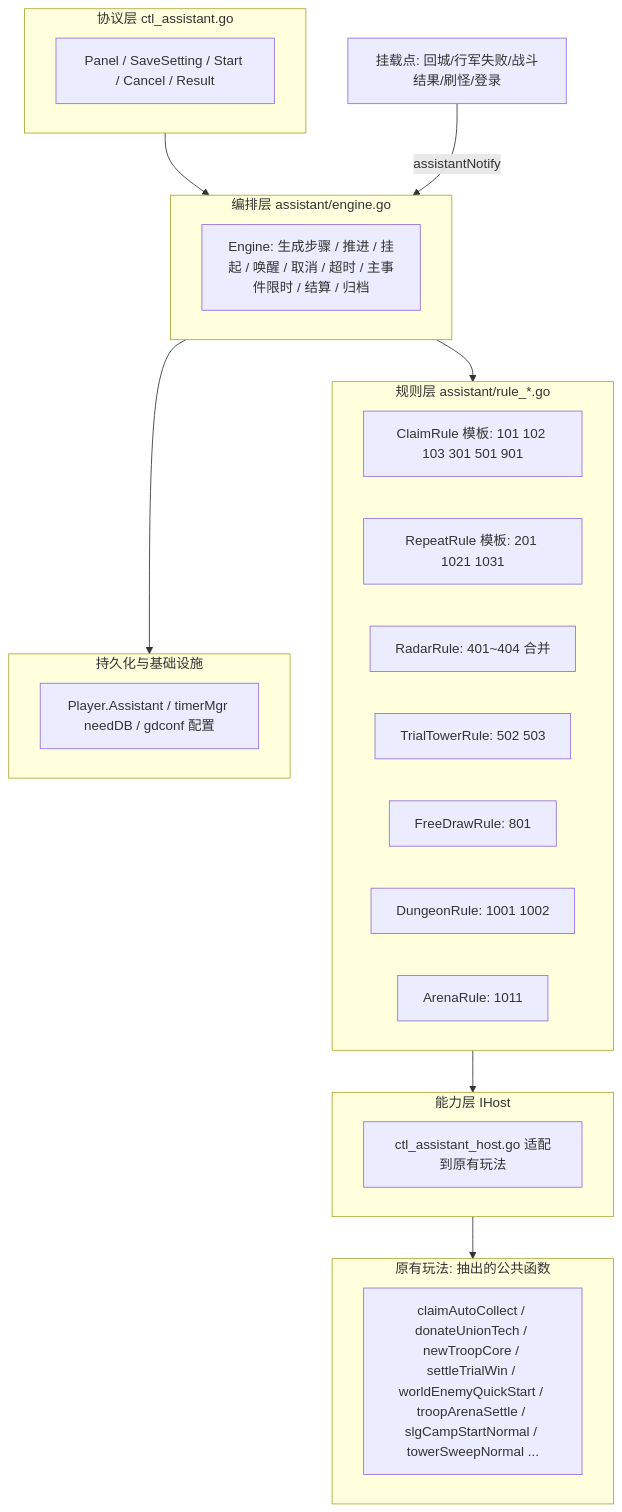
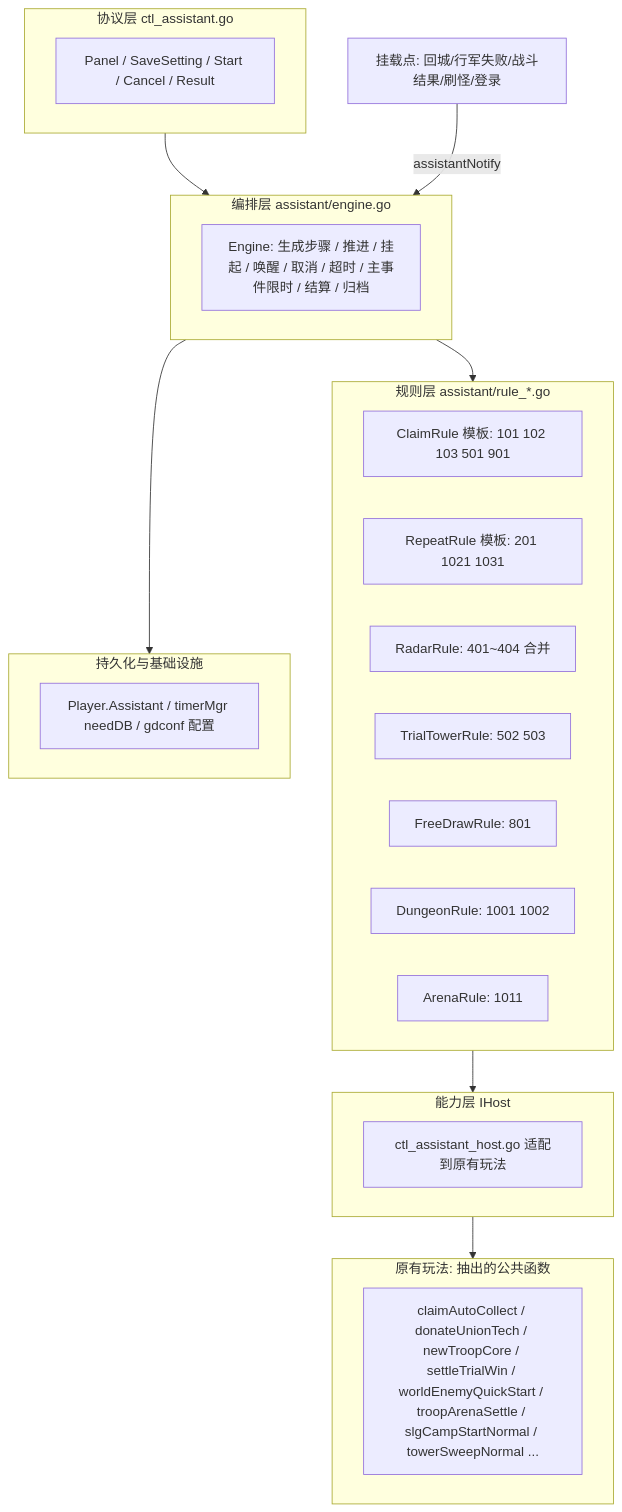
The first of 6 diagrams in ramboYe/指尖王国-游戏开发/模块设计/指尖助手/指尖助手服务端设计与实现.md (RamboYeMH/obsidian), drawn with Mermaid before and after one commit. The commit also changed other lines of this file and 6 other files, not shown here.

````diff
--- a/ramboYe/指尖王国-游戏开发/模块设计/指尖助手/指尖助手服务端设计与实现.md
+++ b/ramboYe/指尖王国-游戏开发/模块设计/指尖助手/指尖助手服务端设计与实现.md
@@ -65,30 +65,30 @@
 ```mermaid
 flowchart TB
     subgraph L1[协议层 ctl_assistant.go]
         H[Panel / SaveSetting / Start / Cancel / Result]
     end
     subgraph L2[编排层 assistant/engine.go]
         E[Engine: 生成步骤 / 推进 / 挂起 / 唤醒 / 取消 / 超时 / 主事件限时 / 结算 / 归档]
     end
     subgraph L3[规则层 assistant/rule_*.go]
-        R1[ClaimRule 模板: 101 102 103 301 501 901]
+        R1[ClaimRule 模板: 101 102 103 501 901]
         R2[RepeatRule 模板: 201 1021 1031]
         R3[RadarRule: 401~404 合并]
         R4[TrialTowerRule: 502 503]
         R5[FreeDrawRule: 801]
         R6[DungeonRule: 1001 1002]
         R7[ArenaRule: 1011]
     end
     subgraph L4[能力层 IHost]
         A[ctl_assistant_host.go 适配到原有玩法]
     end
     subgraph L5[原有玩法: 抽出的公共函数]
         G[claimAutoCollect / donateUnionTech / newTroopCore / settleTrialWin / worldEnemyQuickStart / troopArenaSettle / slgCampStartNormal / towerSweepNormal ...]
     end
     subgraph L6[持久化与基础设施]
         D[Player.Assistant / timerMgr needDB / gdconf 配置]
     end
     L1 --> L2 --> L3 --> L4 --> L5
     L2 --> L6
     X[挂载点: 回城/行军失败/战斗结果/刷怪/登录] -- assistantNotify --> L2
 ```
````
